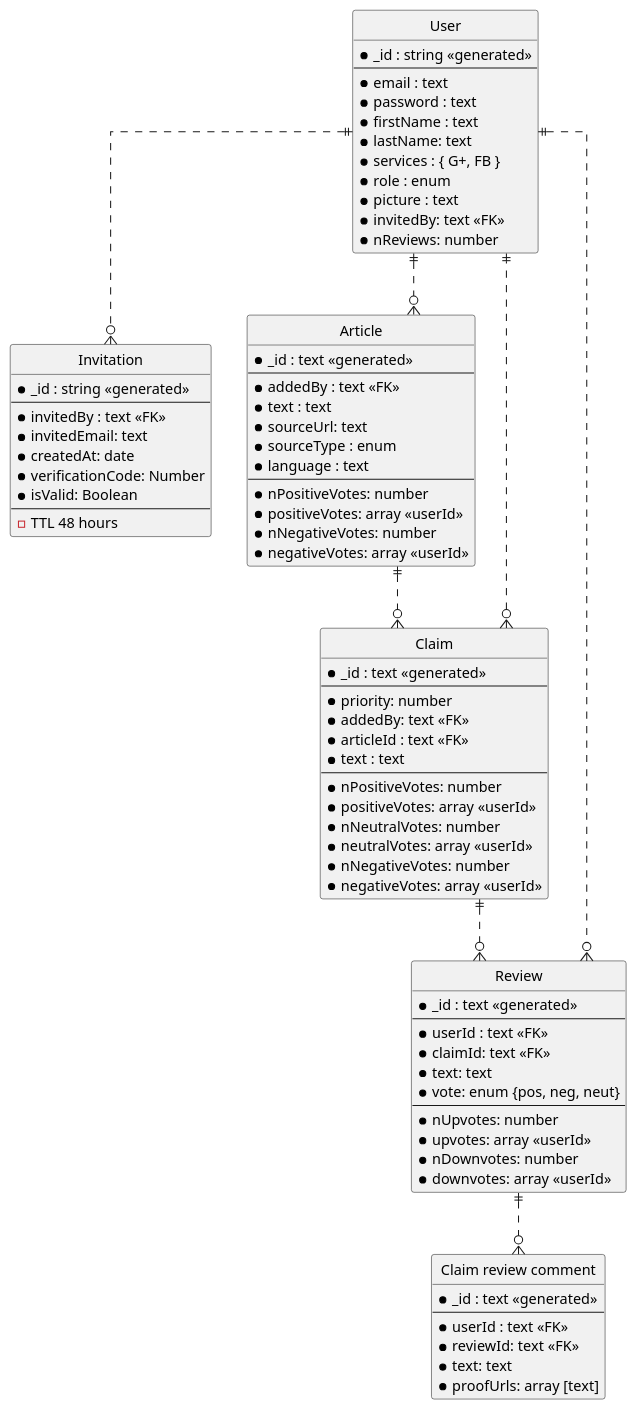
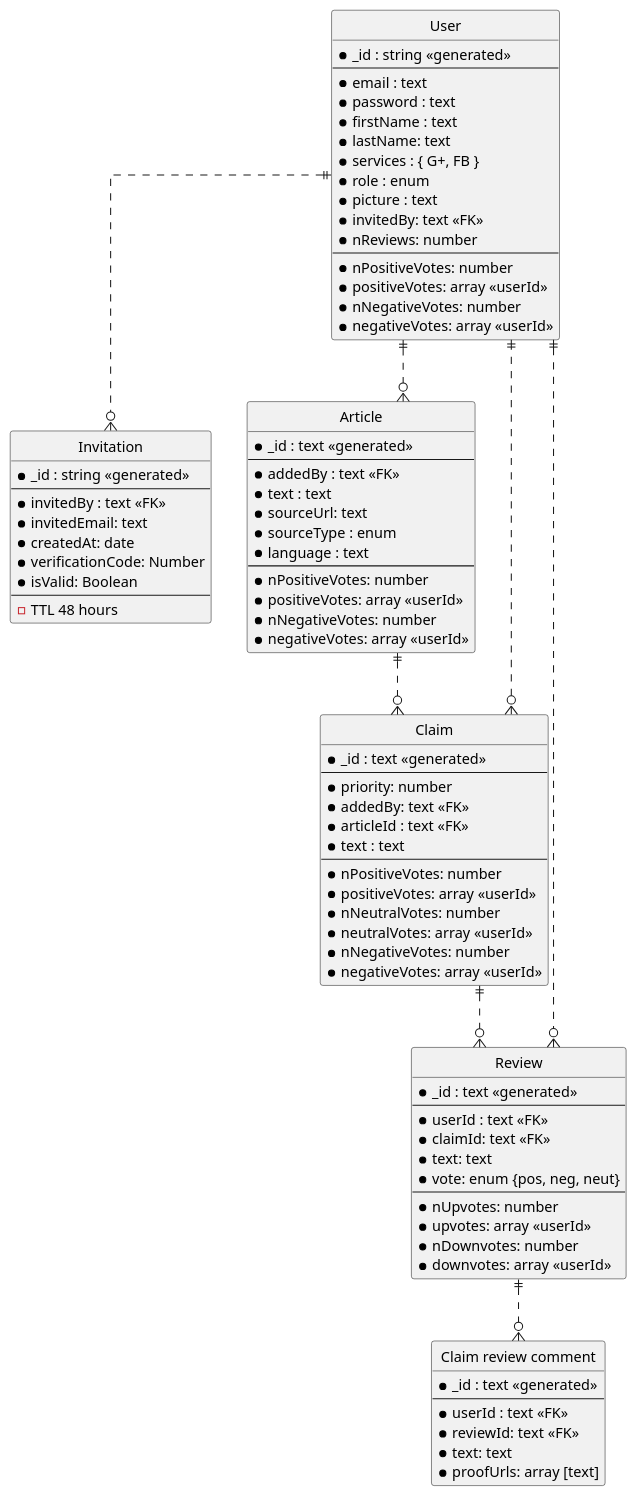
One commit to aic-factcheck/fact_checking_be changed the diagram in sys_docs/entity_relations.puml. Above: the diagram before and after it, drawn with PlantUML. The commit also changed 1 other file, not shown here.

Commit message:
added voting to user

```diff
--- a/sys_docs/entity_relations.puml
+++ b/sys_docs/entity_relations.puml
@@ -1,95 +1,100 @@
 @startuml
 ' hide the spot
 hide circle
 
 ' avoid problems with angled crows feet
 skinparam linetype ortho
 
 entity "User" as user {
   *_id : string <<generated>>
   --
   *email : text
   *password : text
   *firstName : text
   *lastName: text
   *services : { G+, FB }
   *role : enum
   *picture : text
   *invitedBy: text <<FK>>
   *nReviews: number
+  --
+  *nPositiveVotes: number
+  *positiveVotes: array <<userId>>
+  *nNegativeVotes: number
+  *negativeVotes: array <<userId>>
 }
 
 entity "Invitation" as inv {
   *_id : string <<generated>>
   --
   *invitedBy : text <<FK>>
   *invitedEmail: text
   *createdAt: date
   *verificationCode: Number
   *isValid: Boolean
   --
   - TTL 48 hours
 }
 
 entity "Article" as article {
   *_id : text <<generated>>
   --
   *addedBy : text <<FK>>
   *text : text
   *sourceUrl: text
   *sourceType : enum
   *language : text
   --
   *nPositiveVotes: number
   *positiveVotes: array <<userId>>
   *nNegativeVotes: number
   *negativeVotes: array <<userId>>
 }
 
 entity "Claim" as claim {
   *_id : text <<generated>>
   --
   *priority: number
   *addedBy: text <<FK>>
   *articleId : text <<FK>>
   *text : text
   --
   *nPositiveVotes: number
   *positiveVotes: array <<userId>>
   *nNeutralVotes: number
   *neutralVotes: array <<userId>>
   *nNegativeVotes: number
   *negativeVotes: array <<userId>>
 }
 
 entity "Review" as review {
   *_id : text <<generated>>
   --
   *userId : text <<FK>>
   *claimId: text <<FK>>
   *text: text
   *vote: enum {pos, neg, neut}
   --
   *nUpvotes: number
   *upvotes: array <<userId>>
   *nDownvotes: number
   *downvotes: array <<userId>>
 }
 
 entity "Claim review comment" as claimReviewComment {
   *_id : text <<generated>>
   --
   *userId : text <<FK>>
   *reviewId: text <<FK>>
   *text: text
   *proofUrls: array [text] 
 }
 
 user ||..o{ article
 user ||..o{ inv
 article ||..o{ claim
 user ||..o{ review
 claim ||..o{ review
 claim }o..|| user
 review ||..o{ claimReviewComment
 @enduml
```
